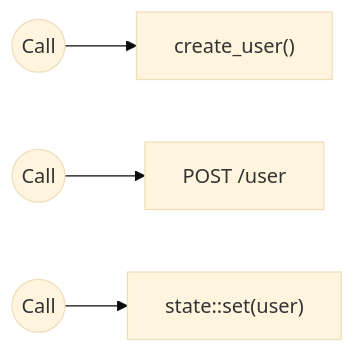
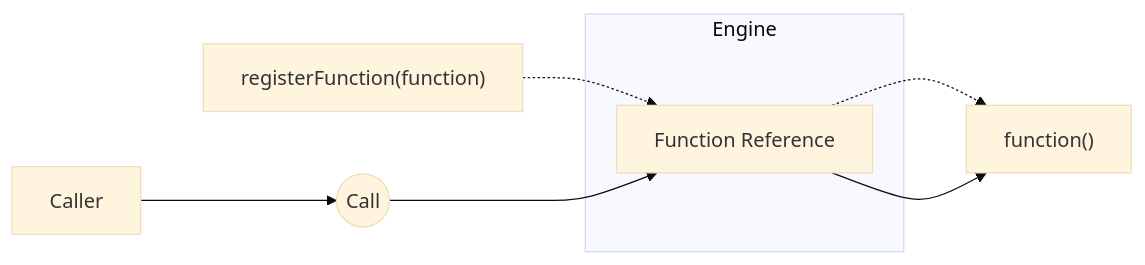
Before and after one commit to iii-hq/docs: the diagram in content/concepts/call.mdx, drawn with Mermaid (base theme). The commit also changed other lines of this file and 4 other files, not shown here.

````diff
--- a/content/concepts/call.mdx
+++ b/content/concepts/call.mdx
@@ -15,6 +14,11 @@
 ```mermaid
 graph LR
-    CallProcess((Call)) --> Process["create_user()"]
-    CallEndpoint((Call)) --> Endpoint["POST /user"]
-    CallState((Call)) --> State["state::set(user)"]
+    FnRef -.-> fn["function()"]
+    FnRef --> fn
+    Register["registerFunction(function)"] -.-> FnRef
+    subgraph Eng[Engine]
+        FnRef[Function Reference]:::solid
+    end
+    Caller["Caller"] --> Call((Call)) --> FnRef
+    classDef solid stroke-dasharray: 0
 ```
````
